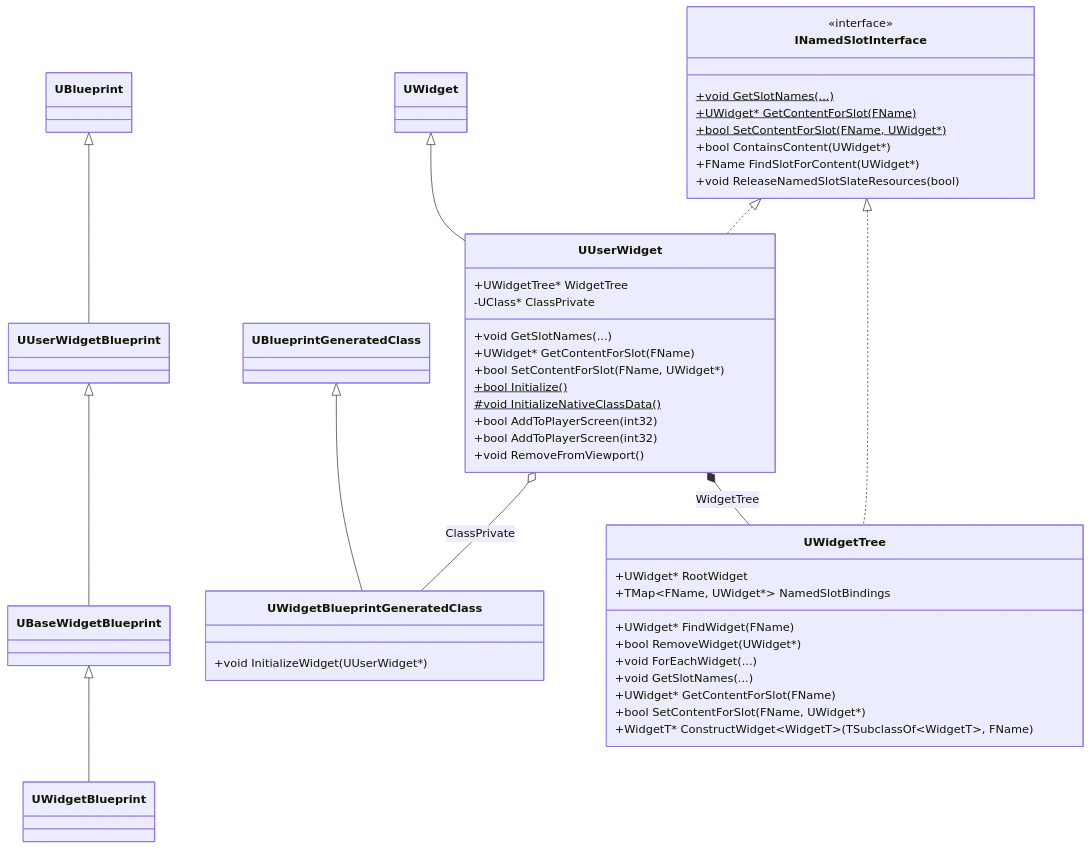
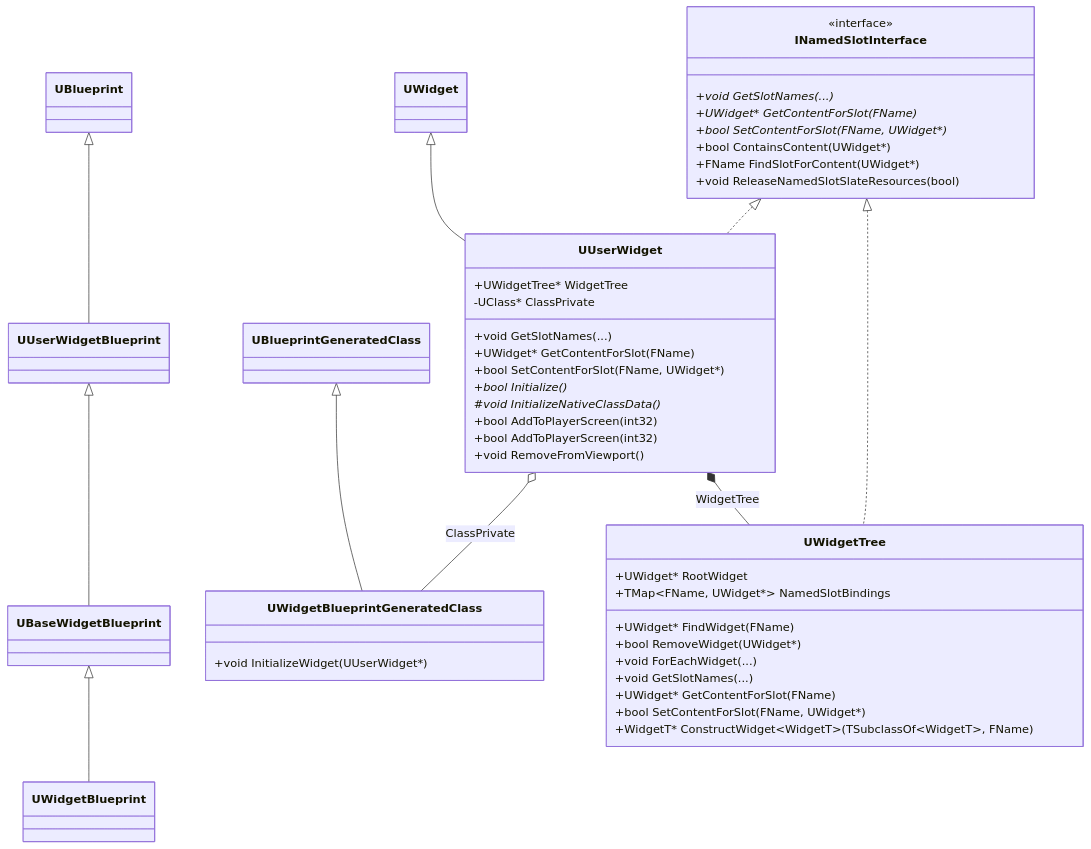
The fifth of 6 diagrams in ui/umg.md (LiPlus123/Notes-on-UE5), drawn with Mermaid before and after one commit. The commit also changed other lines of this file and 14 other files, not shown here.

````diff
--- a/ui/umg.md
+++ b/ui/umg.md
@@ -144,51 +144,51 @@
 ```mermaid
 classDiagram
     UWidget <|-- UUserWidget
     UBlueprintGeneratedClass <|-- UWidgetBlueprintGeneratedClass
     UUserWidget o-- UWidgetBlueprintGeneratedClass : ClassPrivate
     UBlueprint <|-- UUserWidgetBlueprint
     UUserWidgetBlueprint <|-- UBaseWidgetBlueprint
     UBaseWidgetBlueprint <|-- UWidgetBlueprint
     INamedSlotInterface <|.. UUserWidget
     INamedSlotInterface <|.. UWidgetTree
     UUserWidget *-- UWidgetTree : WidgetTree
 
     class INamedSlotInterface {
         <<interface>>
-        +void GetSlotNames(...)$
-        +UWidget* GetContentForSlot(FName)$
-        +bool SetContentForSlot(FName, UWidget*)$
+        +void GetSlotNames(...)*
+        +UWidget* GetContentForSlot(FName)*
+        +bool SetContentForSlot(FName, UWidget*)*
         +bool ContainsContent(UWidget*)
         +FName FindSlotForContent(UWidget*)
         +void ReleaseNamedSlotSlateResources(bool)
     }
 
     class UWidgetTree {
         +UWidget* RootWidget
         +TMap~FName, UWidget*~ NamedSlotBindings
         +UWidget* FindWidget(FName)
         +bool RemoveWidget(UWidget*)
         +void ForEachWidget(...)
         +void GetSlotNames(...)
         +UWidget* GetContentForSlot(FName)
         +bool SetContentForSlot(FName, UWidget*)
         +WidgetT* ConstructWidget~WidgetT~(TSubclassOf~WidgetT~, FName)
     }
 
     class UUserWidget {
         +UWidgetTree* WidgetTree
         +void GetSlotNames(...)
         +UWidget* GetContentForSlot(FName)
         +bool SetContentForSlot(FName, UWidget*)
-        +bool Initialize()$
-        #void InitializeNativeClassData()$
+        +bool Initialize()*
+        #void InitializeNativeClassData()*
         +bool AddToPlayerScreen(int32)
         +bool AddToPlayerScreen(int32)
         +void RemoveFromViewport()
         -UClass* ClassPrivate
     }
 
     class UWidgetBlueprintGeneratedClass {
         +void InitializeWidget(UUserWidget*)
     }
 ```
````
